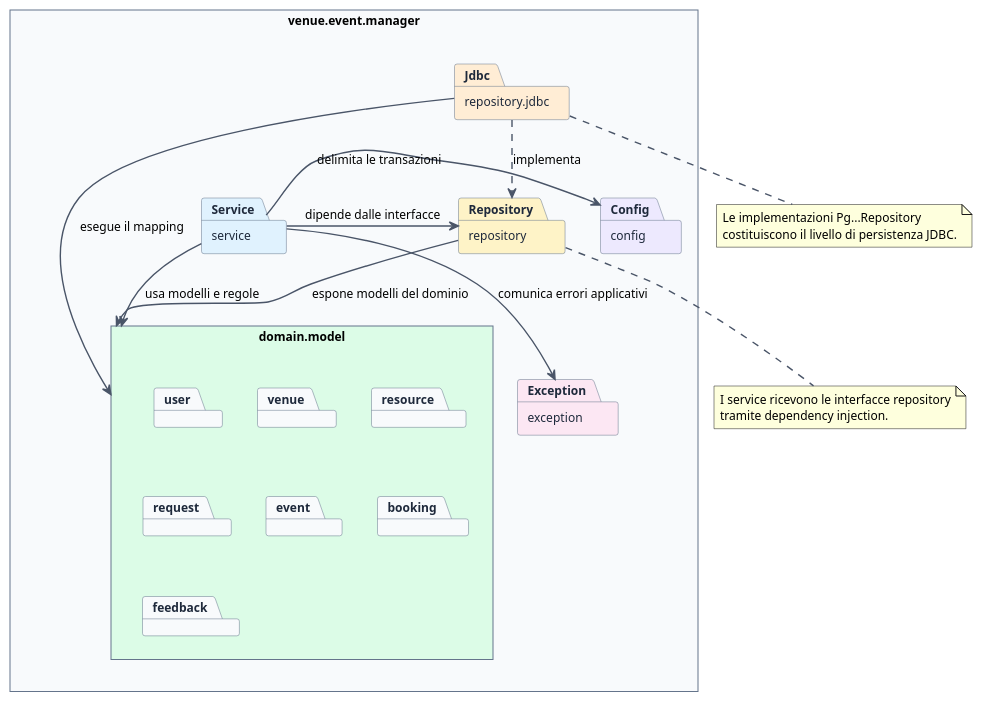
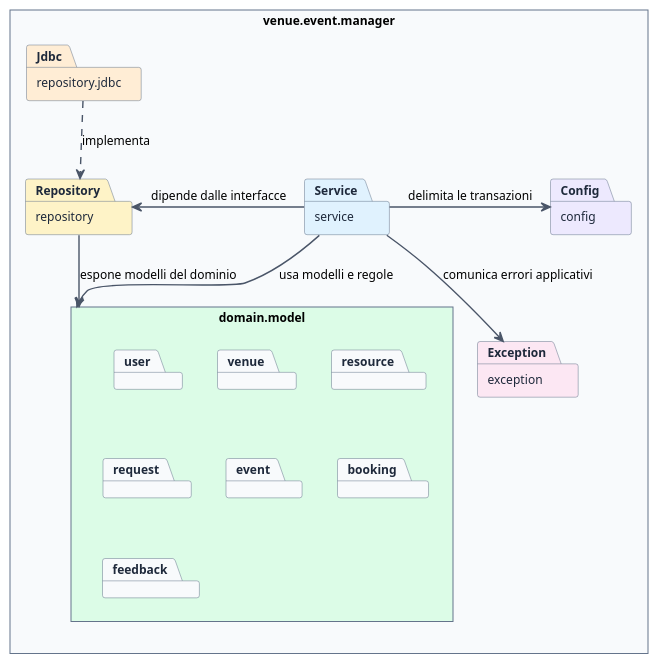
One commit to MeruemMeurel/Venue_Event_Organiser changed the diagram in docs/diagrams/architecture/package-dependencies.puml. Above: the diagram before and after it, drawn with PlantUML. The commit also changed 4 other files, not shown here.

Commit message:
docs: refine architecture diagrams and patterns

```diff
--- a/docs/diagrams/architecture/package-dependencies.puml
+++ b/docs/diagrams/architecture/package-dependencies.puml
@@ -1,54 +1,43 @@
 @startuml
 skinparam style strictuml
 skinparam shadowing false
 skinparam DefaultFontName "Helvetica"
 skinparam DefaultFontSize 12
 skinparam ArrowColor #4A5568
 skinparam ArrowThickness 1.4
 skinparam packageStyle rectangle
 
 skinparam package {
     BackgroundColor #F8FAFC
     BorderColor #64748B
     FontColor #1E293B
 }
 
 top to bottom direction
 
 package "venue.event.manager" {
     package "service" as Service #E0F2FE
     package "repository" as Repository #FEF3C7
     package "repository.jdbc" as Jdbc #FFEDD5
     package "domain.model" as Domain #DCFCE7 {
         package "user"
         package "venue"
         package "resource"
         package "request"
         package "event"
         package "booking"
         package "feedback"
     }
     package "config" as Config #EDE9FE
     package "exception" as Exception #FCE7F3
 }
 
 Service -down-> Domain : usa modelli e regole
 Service -left-> Repository : dipende dalle interfacce
 Service -right-> Config : delimita le transazioni
 Service --> Exception : comunica errori applicativi
 
 Repository --> Domain : espone modelli del dominio
 Jdbc ..> Repository : implementa
-Jdbc --> Domain : esegue il mapping
-
-note bottom of Repository
-  I service ricevono le interfacce repository
-  tramite dependency injection.
-end note
-
-note bottom of Jdbc
-  Le implementazioni Pg...Repository
-  costituiscono il livello di persistenza JDBC.
-end note
 
 @enduml
```
